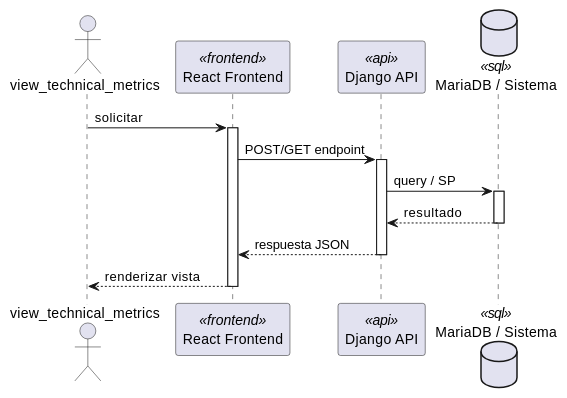
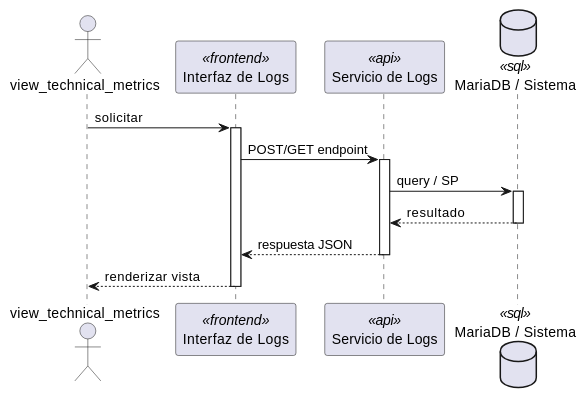
The first of 2 diagrams in source/arquitectura-tecnica/DesignView/log-07.rst (jcg-admin/IACT-docs), drawn with PlantUML before and after one commit. The commit also changed other lines of this file and 243 other files, not shown here.

First line of the commit message:
Add missing diagrams and fix participant names across Kruchten views

```diff
--- a/source/arquitectura-tecnica/DesignView/log-07.rst
+++ b/source/arquitectura-tecnica/DesignView/log-07.rst
@@ -22,28 +22,28 @@
 .. uml::
  :caption: UC_LOG_07 — Design View (secuencia)
 
  @startuml
 
  actor "view_technical_metrics" as view_technical_metrics
- participant "React Frontend" as Frontend <<frontend>>
- participant "Django API" as APIServer <<api>>
- database "MariaDB / Sistema" as BaseDatos <<sql>>
+ participant "Interfaz de Logs" as Iface <<frontend>>
+ participant "Servicio de Logs" as SvcNode <<api>>
+ database "MariaDB / Sistema" as Store <<sql>>
 
- view_technical_metrics -> Frontend : solicitar
- activate Frontend
+ view_technical_metrics -> Iface : solicitar
+ activate Iface
 
- Frontend -> APIServer : POST/GET endpoint
- activate APIServer
+ Iface -> SvcNode : POST/GET endpoint
+ activate SvcNode
 
- APIServer -> BaseDatos : query / SP
- activate BaseDatos
- BaseDatos --> APIServer : resultado
- deactivate BaseDatos
+ SvcNode -> Store : query / SP
+ activate Store
+ Store --> SvcNode : resultado
+ deactivate Store
 
- APIServer --> Frontend : respuesta JSON
- deactivate APIServer
+ SvcNode --> Iface : respuesta JSON
+ deactivate SvcNode
 
- Frontend --> view_technical_metrics : renderizar vista
- deactivate Frontend
+ Iface --> view_technical_metrics : renderizar vista
+ deactivate Iface
 
  @enduml
```
